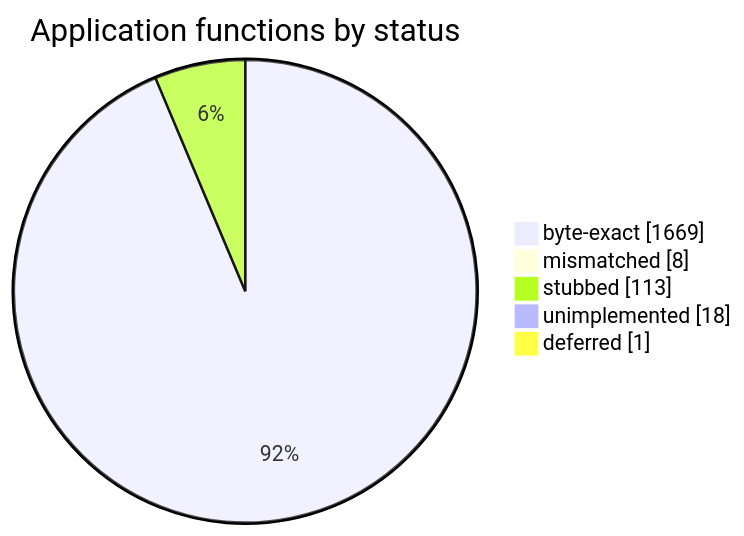
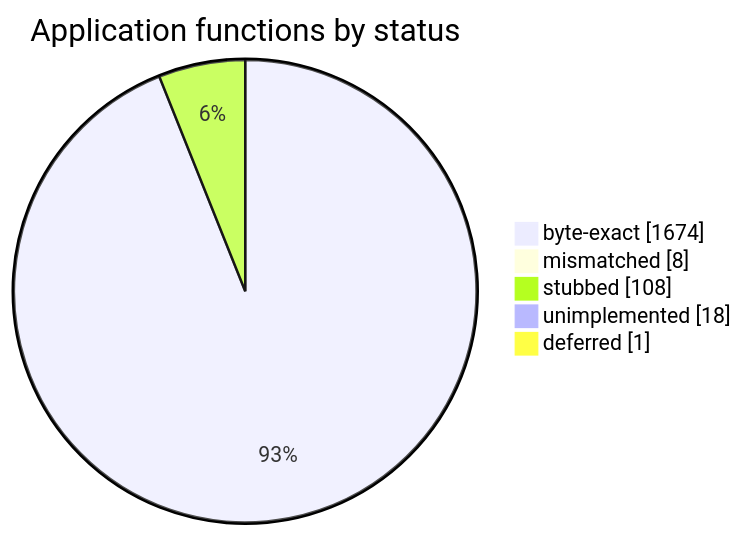
The diagram in README.md (sorokya/eos), drawn with Mermaid before and after one commit. The commit also changed other lines of this file and 3 other files, not shown here.

````diff
--- a/README.md
+++ b/README.md
@@ -152,9 +152,9 @@
 ```mermaid
 pie showData
     title Application functions by status
-    "byte-exact" : 1669
+    "byte-exact" : 1674
     "mismatched" : 8
-    "stubbed" : 113
+    "stubbed" : 108
     "unimplemented" : 18
     "deferred" : 1
 ```
````
